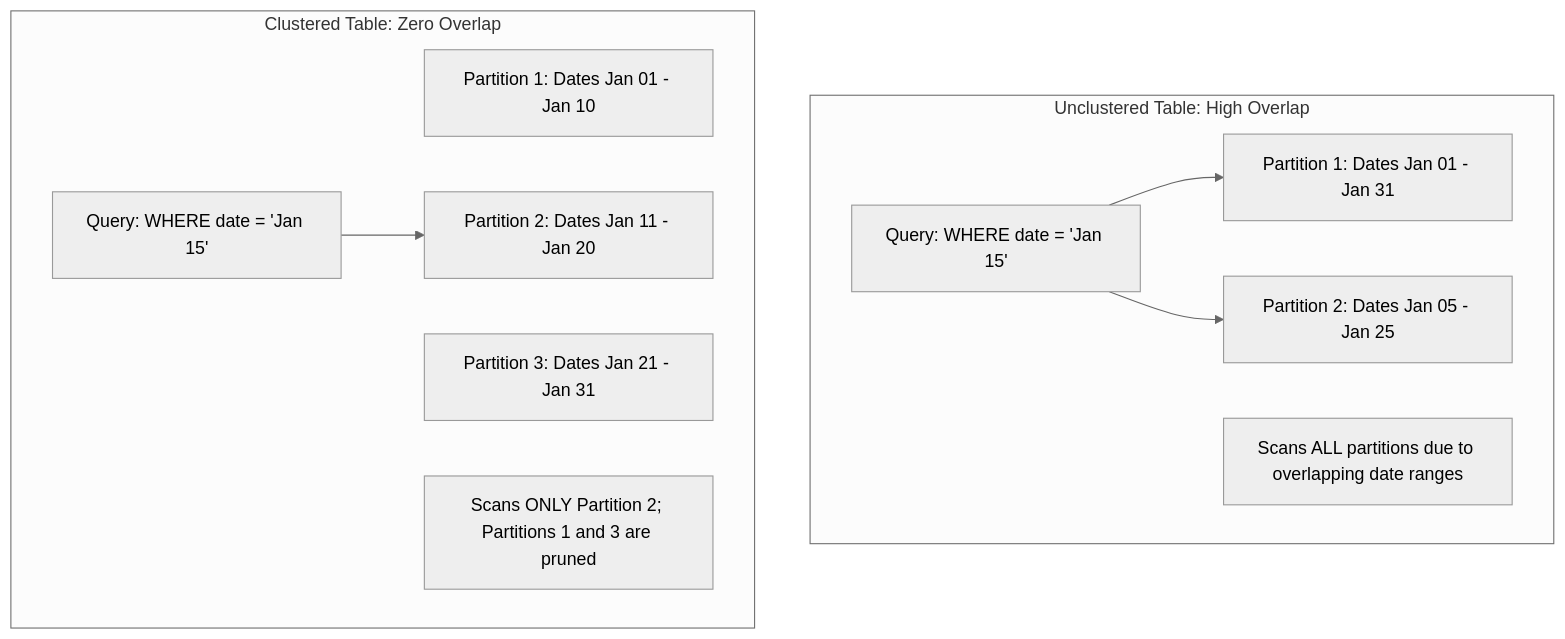
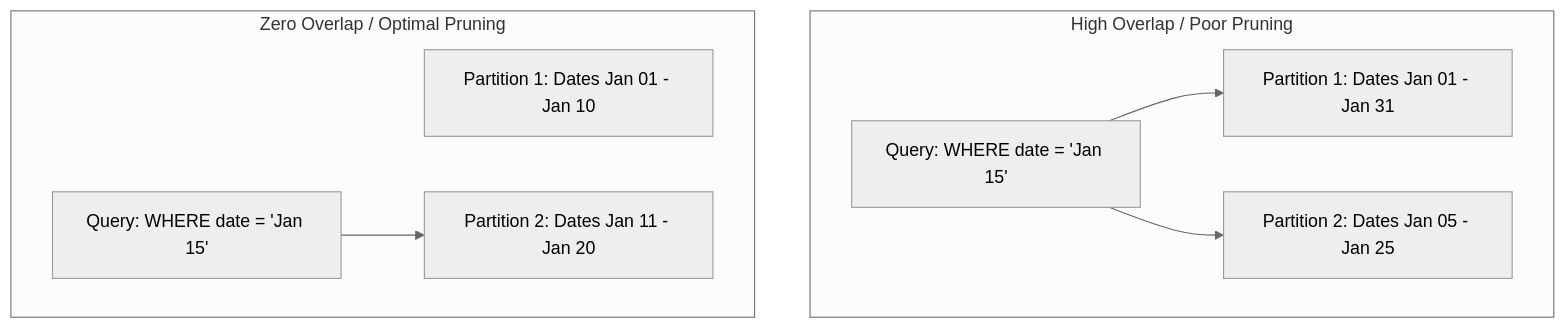
One commit to Prasanth631/Revature_Notes changed the third of 3 diagrams in snowflake/Day_01_Snowflake_Fundamentals_and_Architecture.md. Above: the diagram before and after it, drawn with Mermaid (neutral theme). The commit also changed other lines of this file, not shown here.

````diff
--- a/snowflake/Day_01_Snowflake_Fundamentals_and_Architecture.md
+++ b/snowflake/Day_01_Snowflake_Fundamentals_and_Architecture.md
@@ -316,18 +266,13 @@
 ```mermaid
 flowchart TD
-    subgraph Unclustered [Unclustered Table: High Overlap]
+    subgraph Unclustered [High Overlap / Poor Pruning]
         U1["Partition 1: Dates Jan 01 - Jan 31"]
         U2["Partition 2: Dates Jan 05 - Jan 25"]
-        Q1["Query: WHERE date = 'Jan 15'"] --> U1
-        Q1 --> U2
-        N1["Scans ALL partitions due to overlapping date ranges"]
+        Q1["Query: WHERE date = 'Jan 15'"] --> U1 & U2
     end
-
-    subgraph Clustered [Clustered Table: Zero Overlap]
+    subgraph Clustered [Zero Overlap / Optimal Pruning]
         C1["Partition 1: Dates Jan 01 - Jan 10"]
         C2["Partition 2: Dates Jan 11 - Jan 20"]
-        C3["Partition 3: Dates Jan 21 - Jan 31"]
         Q2["Query: WHERE date = 'Jan 15'"] --> C2
-        N2["Scans ONLY Partition 2; Partitions 1 and 3 are pruned"]
     end
 ```
````
